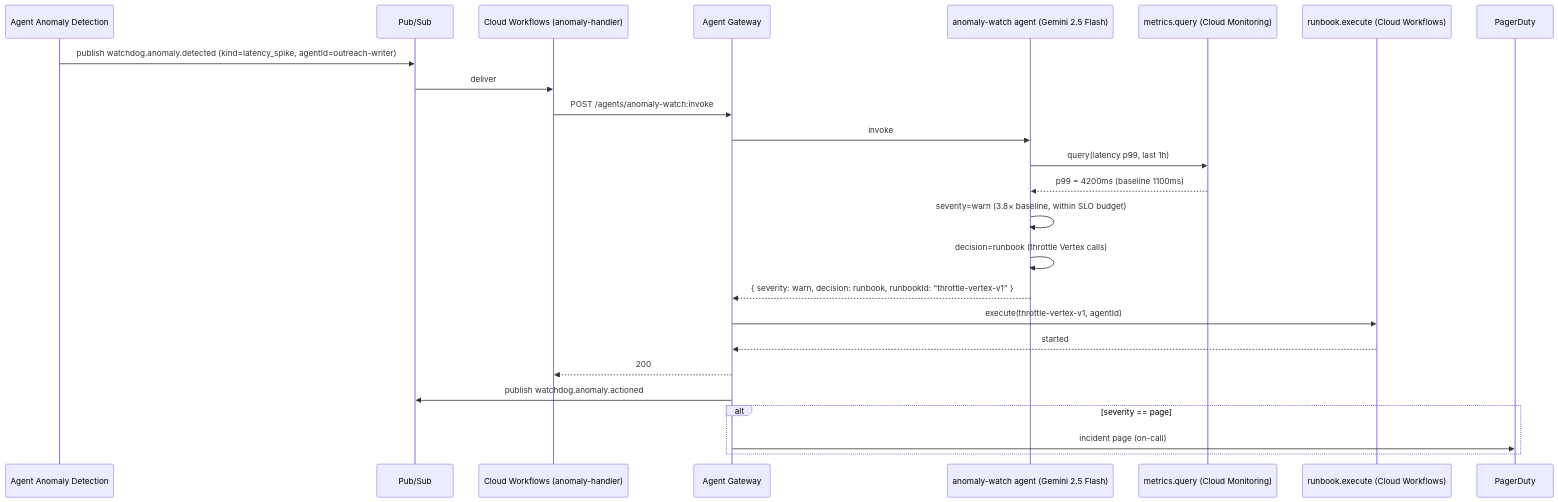
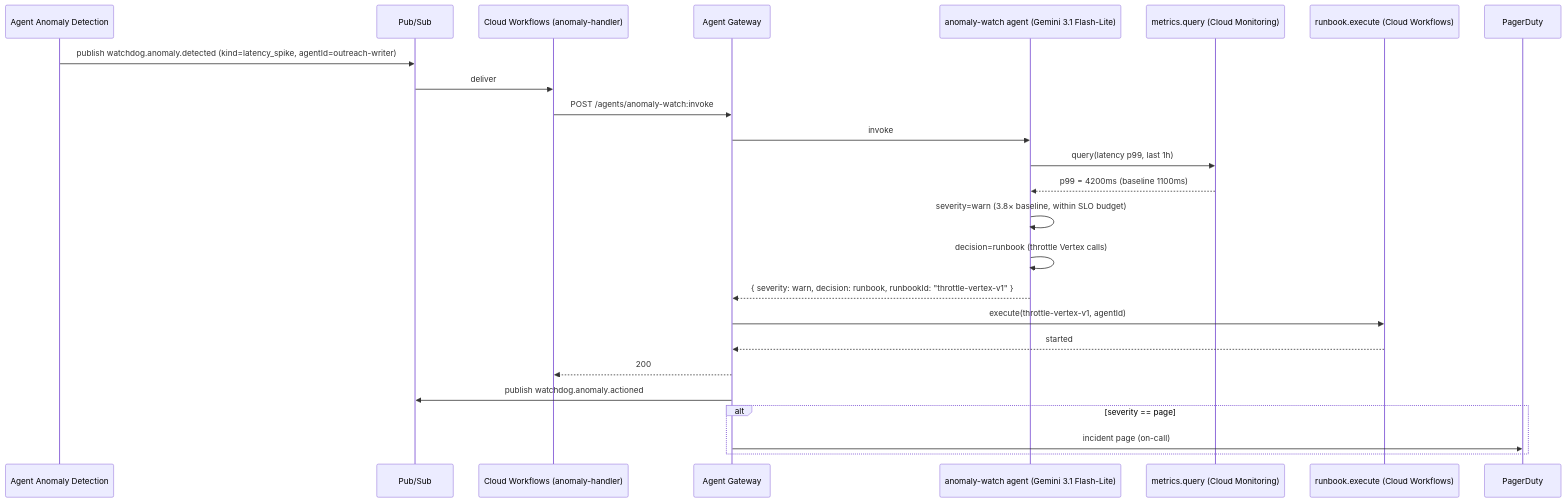
Before and after one commit to Two-Weeks-Team/social-seeding-v2-public: the diagram in gcp-research/specs/tier3/anomaly_watch.spec.md, drawn with Mermaid. The commit also changed other lines of this file and 30 other files, not shown here.

````diff
--- a/gcp-research/specs/tier3/anomaly_watch.spec.md
+++ b/gcp-research/specs/tier3/anomaly_watch.spec.md
@@ -116,28 +116,28 @@
 ```mermaid
 sequenceDiagram
   participant AA as Agent Anomaly Detection
   participant PS as Pub/Sub
   participant WF as Cloud Workflows (anomaly-handler)
   participant AG as Agent Gateway
-  participant AW as anomaly-watch agent (Gemini 2.5 Flash)
+  participant AW as anomaly-watch agent (Gemini 3.1 Flash-Lite)
   participant MQ as metrics.query (Cloud Monitoring)
   participant RB as runbook.execute (Cloud Workflows)
   participant PD as PagerDuty
 
   AA->>PS: publish watchdog.anomaly.detected (kind=latency_spike, agentId=outreach-writer)
   PS->>WF: deliver
   WF->>AG: POST /agents/anomaly-watch:invoke
   AG->>AW: invoke
   AW->>MQ: query(latency p99, last 1h)
   MQ-->>AW: p99 = 4200ms (baseline 1100ms)
   AW->>AW: severity=warn (3.8× baseline, within SLO budget)
   AW->>AW: decision=runbook (throttle Vertex calls)
   AW-->>AG: { severity: warn, decision: runbook, runbookId: "throttle-vertex-v1" }
   AG->>RB: execute(throttle-vertex-v1, agentId)
   RB-->>AG: started
   AG-->>WF: 200
   AG->>PS: publish watchdog.anomaly.actioned
   alt severity == page
     AG->>PD: incident page (on-call)
   end
 ```
````
